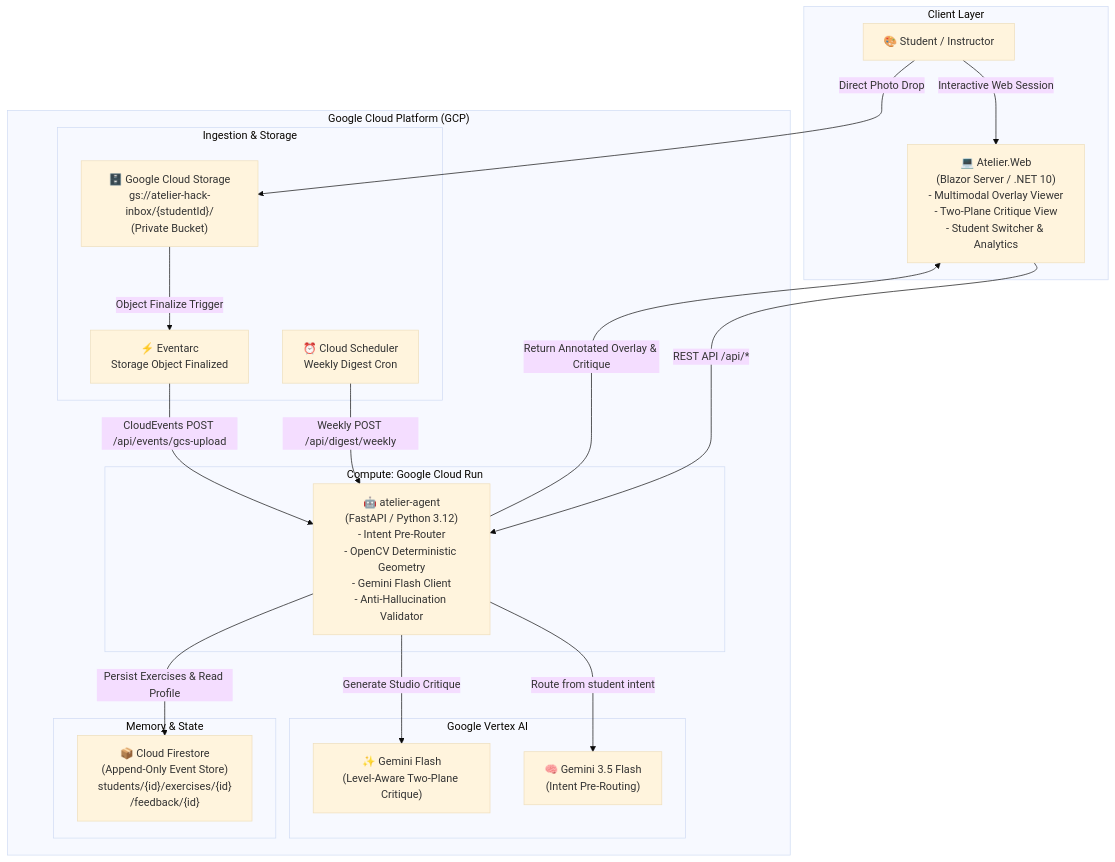
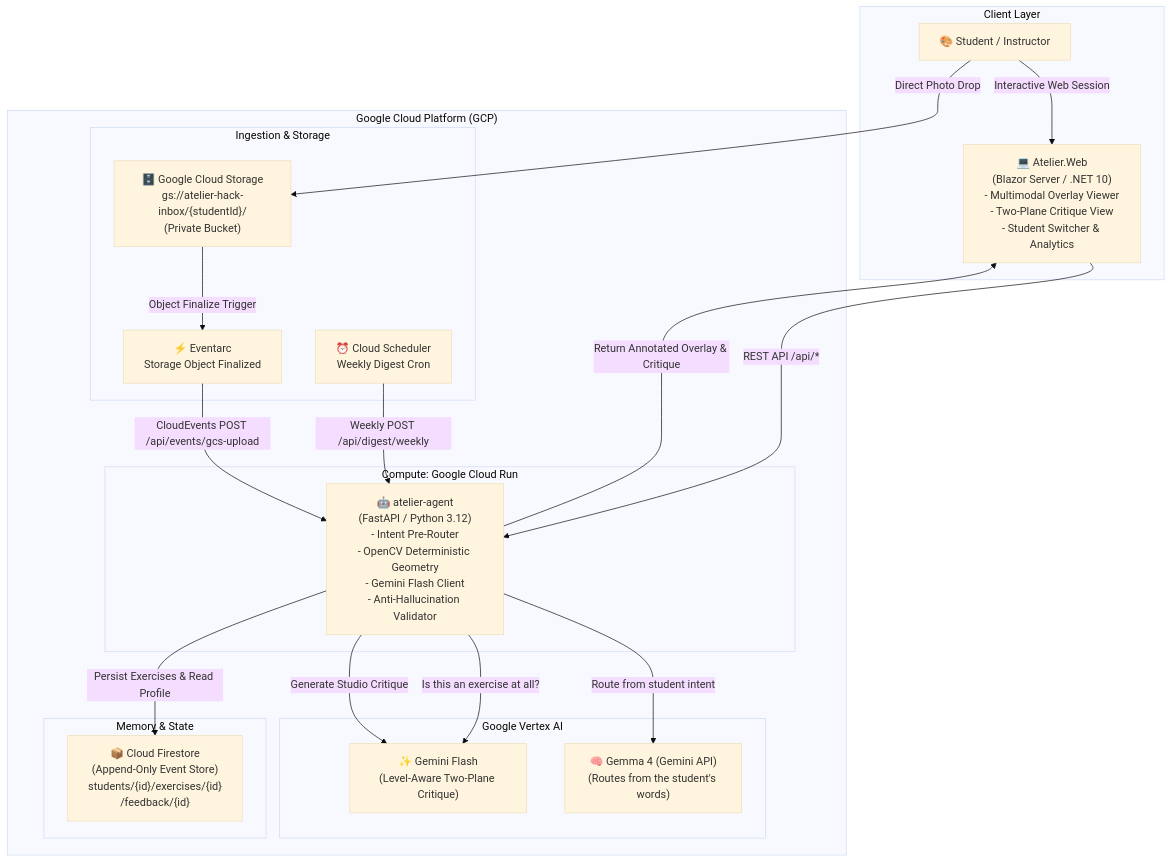
One commit to hvaler/atelier changed the first of 2 diagrams in docs/ARCHITECTURE.md. Above: the diagram before and after it, drawn with Mermaid (base theme). The commit also changed 9 other files, not shown here.

Commit message:
feat(router): implement drawing gate and intent routing with clear provenance labelling

````diff
--- a/docs/ARCHITECTURE.md
+++ b/docs/ARCHITECTURE.md
@@ -9,43 +9,44 @@
 ```mermaid
 graph TB
     subgraph "Client Layer"
         User["🎨 Student / Instructor"]
         WebUI["💻 Atelier.Web\n(Blazor Server / .NET 10)\n- Multimodal Overlay Viewer\n- Two-Plane Critique View\n- Student Switcher & Analytics"]
     end
 
     subgraph "Google Cloud Platform (GCP)"
         subgraph "Ingestion & Storage"
             GCS["🗄️ Google Cloud Storage\ngs://atelier-hack-inbox/{studentId}/\n(Private Bucket)"]
             Eventarc["⚡ Eventarc\nStorage Object Finalized"]
             Scheduler["⏰ Cloud Scheduler\nWeekly Digest Cron"]
         end
 
         subgraph "Compute: Google Cloud Run"
             AgentService["🤖 atelier-agent\n(FastAPI / Python 3.12)\n- Intent Pre-Router\n- OpenCV Deterministic Geometry\n- Gemini Flash Client\n- Anti-Hallucination Validator"]
         end
 
         subgraph "Google Vertex AI"
-            Router["🧠 Gemini 3.5 Flash
-(Intent Pre-Routing)"]
+            Router["🧠 Gemma 4 (Gemini API)
+(Routes from the student's words)"]
             Gemini["✨ Gemini Flash\n(Level-Aware Two-Plane Critique)"]
         end
 
         subgraph "Memory & State"
             Firestore["📦 Cloud Firestore\n(Append-Only Event Store)\nstudents/{id}/exercises/{id}\n/feedback/{id}"]
         end
     end
 
     User -->|Interactive Web Session| WebUI
     User -->|Direct Photo Drop| GCS
 
     WebUI -->|REST API /api/*| AgentService
     GCS -->|Object Finalize Trigger| Eventarc
     Eventarc -->|CloudEvents POST /api/events/gcs-upload| AgentService
     Scheduler -->|Weekly POST /api/digest/weekly| AgentService
 
     AgentService -->|Route from student intent| Router
+    AgentService -->|Is this an exercise at all?| Gemini
     AgentService -->|Generate Studio Critique| Gemini
     AgentService -->|Persist Exercises & Read Profile| Firestore
 
     AgentService -->|Return Annotated Overlay & Critique| WebUI
 ```
````
